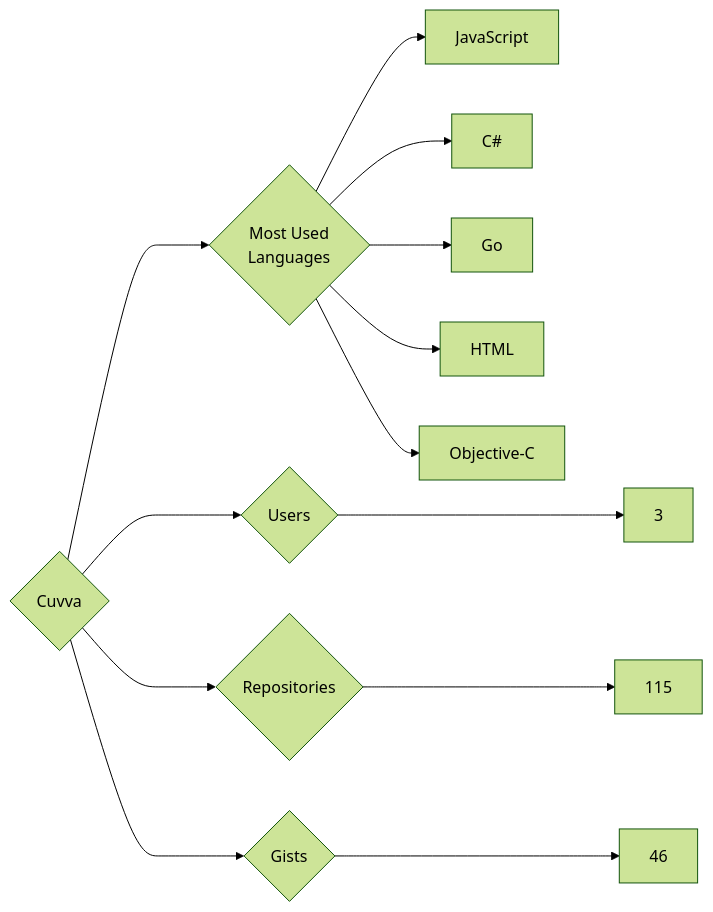
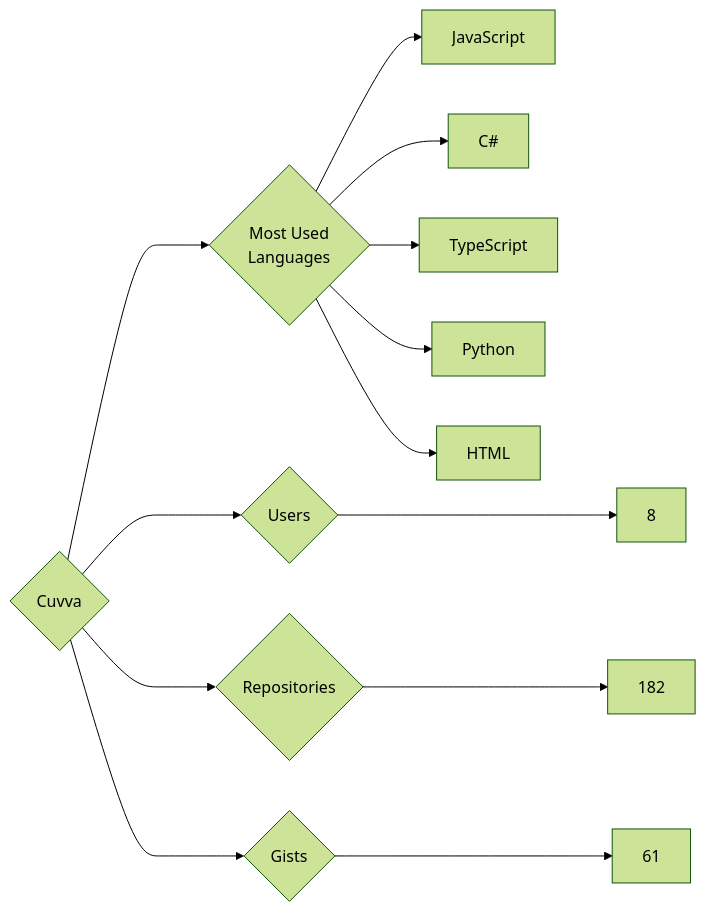
The diagram in targets/Cuvva/README.md (trickest/insiders), drawn with Mermaid (forest theme) before and after one commit. The commit also changed 873 other files, not shown here.

````diff
--- a/targets/Cuvva/README.md
+++ b/targets/Cuvva/README.md
@@ -3,13 +3,13 @@
 ```mermaid
 graph LR
 COMPANY_NAME{Cuvva}
-COMPANY_NAME ---> U{Users} ---> UN[3]
-COMPANY_NAME ---> R{Repositories} ---> RN[115]
-COMPANY_NAME ---> G{Gists} ---> GN[46]
+COMPANY_NAME ---> U{Users} ---> UN[8]
+COMPANY_NAME ---> R{Repositories} ---> RN[182]
+COMPANY_NAME ---> G{Gists} ---> GN[61]
 COMPANY_NAME ---> ML{Most Used<br>Languages}
 ML --> JavaScript[JavaScript]
 ML --> C#[C#]
-ML --> Go[Go]
+ML --> TypeScript[TypeScript]
+ML --> Python[Python]
 ML --> HTML[HTML]
-ML --> Objective-C[Objective-C]
 ```
````
